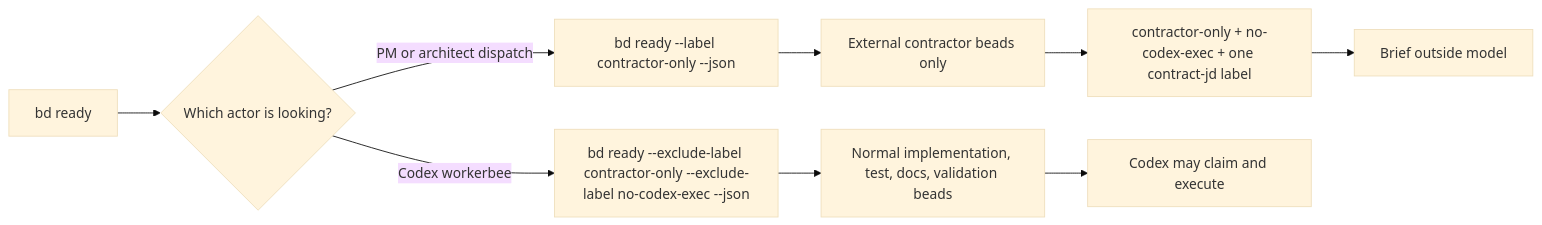
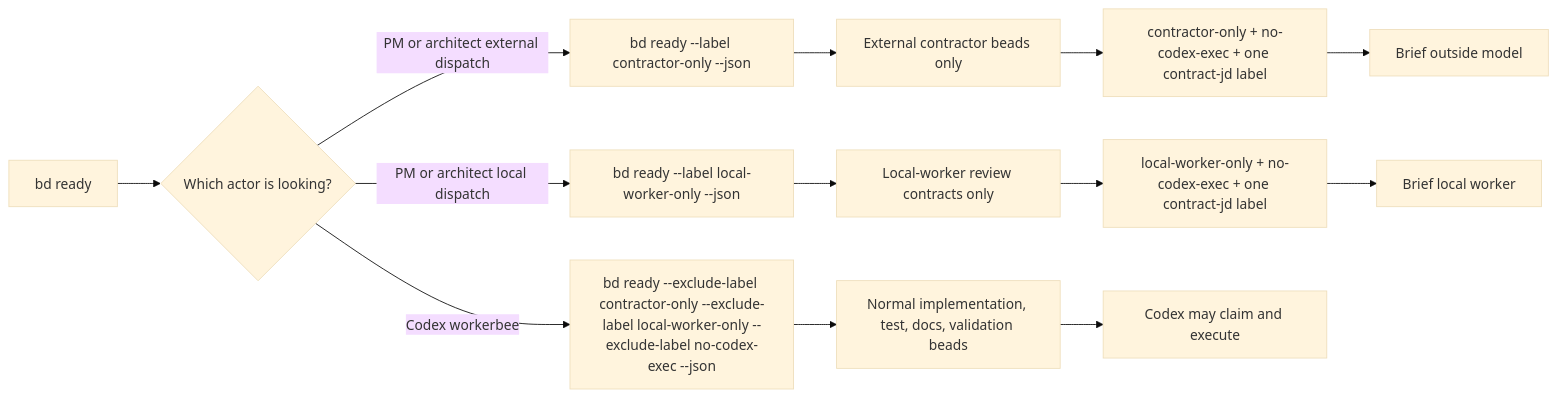
Before and after one commit to gprocunier/complex-work-orchestration: the fifth of 5 diagrams in README.md, drawn with Mermaid (base theme). The commit also changed other lines of this file and 24 other files, not shown here.

````diff
--- a/README.md
+++ b/README.md
@@ -242,13 +245,17 @@
 ```mermaid
 flowchart LR
     Ready[bd ready] --> Filter{Which actor is looking?}
-    Filter -->|Codex workerbee| CodexCmd[bd ready --exclude-label contractor-only --exclude-label no-codex-exec --json]
-    Filter -->|PM or architect dispatch| ContractorCmd[bd ready --label contractor-only --json]
+    Filter -->|Codex workerbee| CodexCmd[bd ready --exclude-label contractor-only --exclude-label local-worker-only --exclude-label no-codex-exec --json]
+    Filter -->|PM or architect external dispatch| ContractorCmd[bd ready --label contractor-only --json]
+    Filter -->|PM or architect local dispatch| LocalCmd[bd ready --label local-worker-only --json]
 
     CodexCmd --> Normal[Normal implementation, test, docs, validation beads]
     ContractorCmd --> Contracts[External contractor beads only]
+    LocalCmd --> LocalContracts[Local-worker review contracts only]
 
     Contracts --> ContractLabels[contractor-only + no-codex-exec + one contract-jd label]
+    LocalContracts --> LocalLabels[local-worker-only + no-codex-exec + one contract-jd label]
     ContractLabels --> Packet[Brief outside model]
+    LocalLabels --> LocalEnvelope[Brief local worker]
     Normal --> Execute[Codex may claim and execute]
 ```
````
